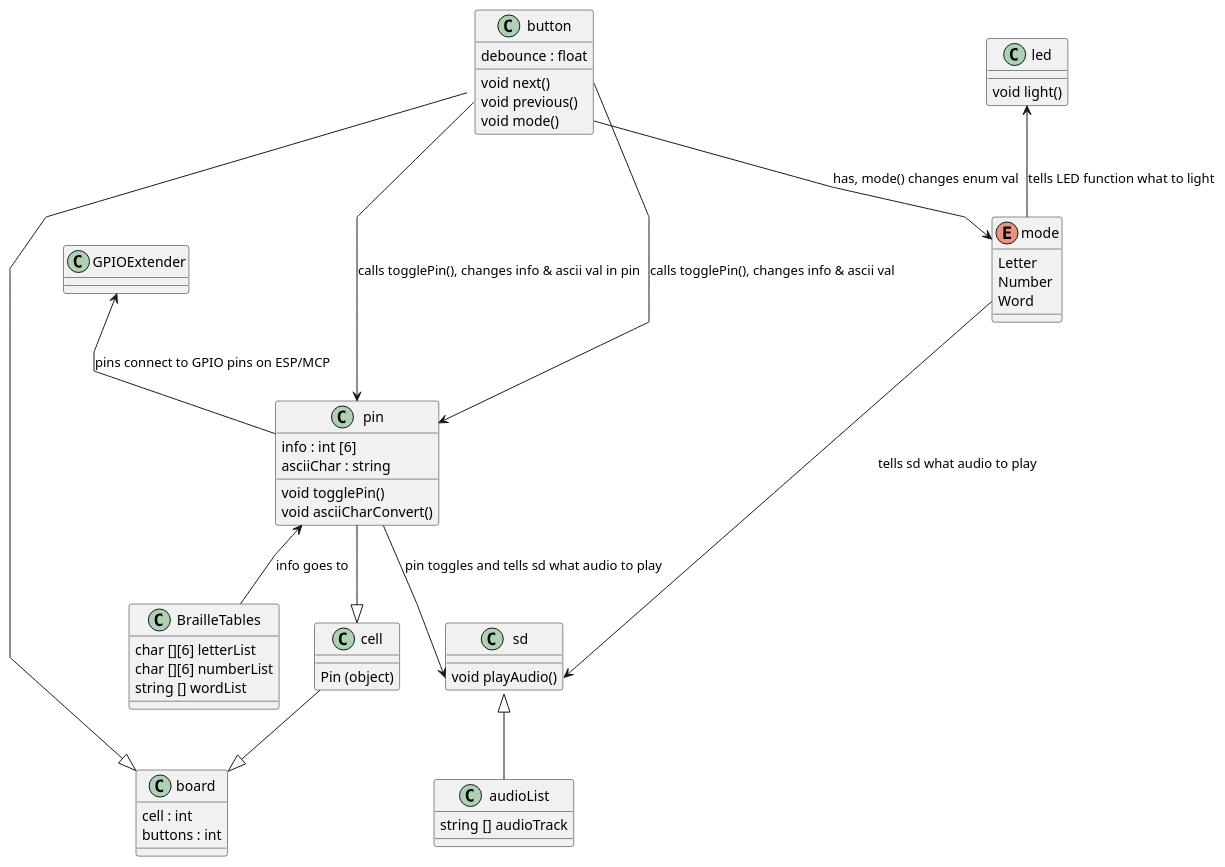
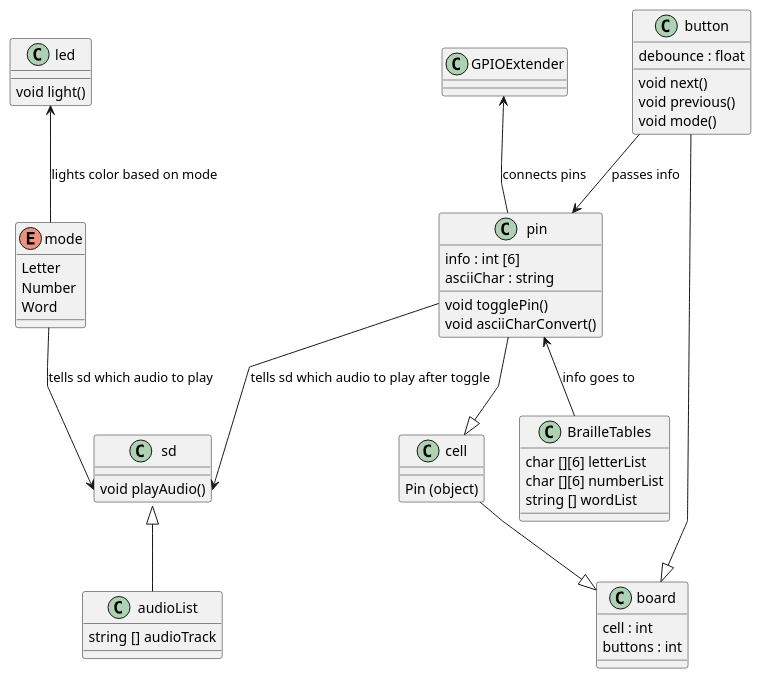
One commit to nathe6/ENGR696-Braille changed the diagram in Braille_Project/main/Braille.puml. Above: the diagram before and after it, drawn with PlantUML.

Commit message:
Second UML Diagram

```diff
--- a/Braille_Project/main/Braille.puml
+++ b/Braille_Project/main/Braille.puml
@@ -1,64 +1,62 @@
 @startuml braille
 skinparam linetype polyline
 
 class board {
     cell : int
     buttons : int
 }
 
     cell --|> board
     cell : Pin (object)
     button --|> board
     pin --|> cell
 
 class pin {
     info : int [6]
     asciiChar : string
     void togglePin()
     void asciiCharConvert()
 }
 
     pin <-- BrailleTables : info goes to
     BrailleTables : char [][6] letterList
     BrailleTables : char [][6] numberList
     BrailleTables : string [] wordList
 
 class button {
     debounce : float 
     void next() 
     void previous()
     void mode()
 }
 
-    button::next ---> pin : calls togglePin(), changes info & ascii val
-    button::previous ---> pin : calls togglePin(), changes info & ascii val in pin
-    button::mode --> mode : has, mode() changes enum val
+    button --> pin : passes info
 
 class GPIOExtender {
     
 }
 
-    GPIOExtender <-- pin : pins connect to GPIO pins on ESP/MCP
+    GPIOExtender <-- pin : connects pins
 
 class sd {
     void playAudio()
 }
 
     sd <|-- audioList 
     audioList : string [] audioTrack
-    mode --> sd::playAudio : tells sd what audio to play
-    pin --> sd::playAudio : pin toggles and tells sd what audio to play
+    mode --> sd::playAudio : tells sd which audio to play
+    pin --> sd::playAudio : tells sd which audio to play after toggle
 
 class led {
     void light()
 }
 
-    led <-- mode : tells LED function what to light
+    led <-- mode : lights color based on mode
 
 enum mode {
     Letter
     Number
     Word
 } 
 
 @enduml
```
